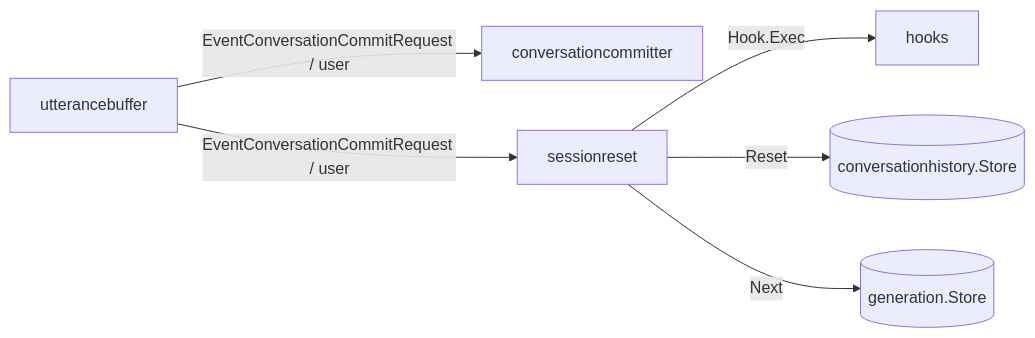
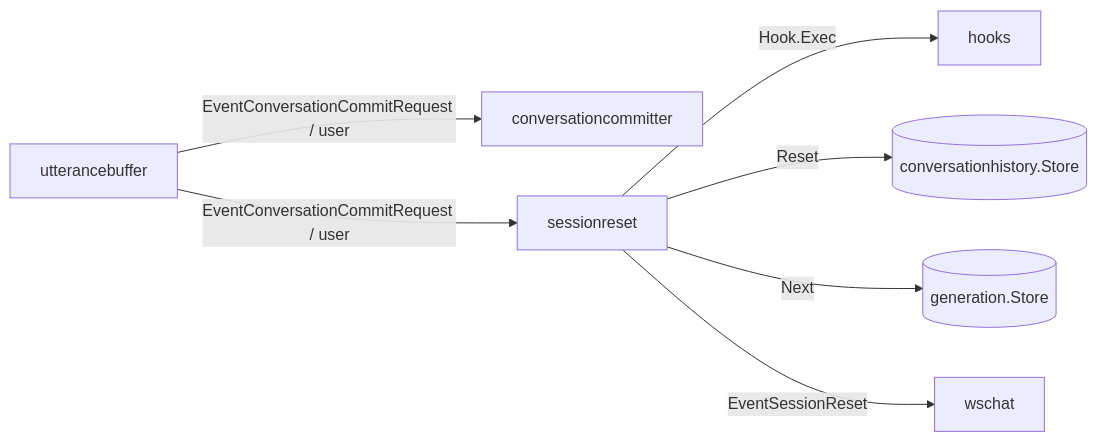
The second of 2 diagrams in docs/components/sessionreset.md (tetetratra/smart-speaker), drawn with Mermaid before and after one commit. The commit also changed other lines of this file and 3 other files, not shown here.

Commit message:
docs: describe session reset UI notification

````diff
--- a/docs/components/sessionreset.md
+++ b/docs/components/sessionreset.md
@@ -94,8 +101,9 @@
 ```mermaid
 flowchart LR
     UB[utterancebuffer] -->|EventConversationCommitRequest / user| CC[conversationcommitter]
     UB -->|EventConversationCommitRequest / user| SR[sessionreset]
     SR -->|Hook.Exec| H[hooks]
     SR -->|Reset| CH[(conversationhistory.Store)]
     SR -->|Next| GEN[(generation.Store)]
+    SR -->|EventSessionReset| WS[wschat]
 ```
````
